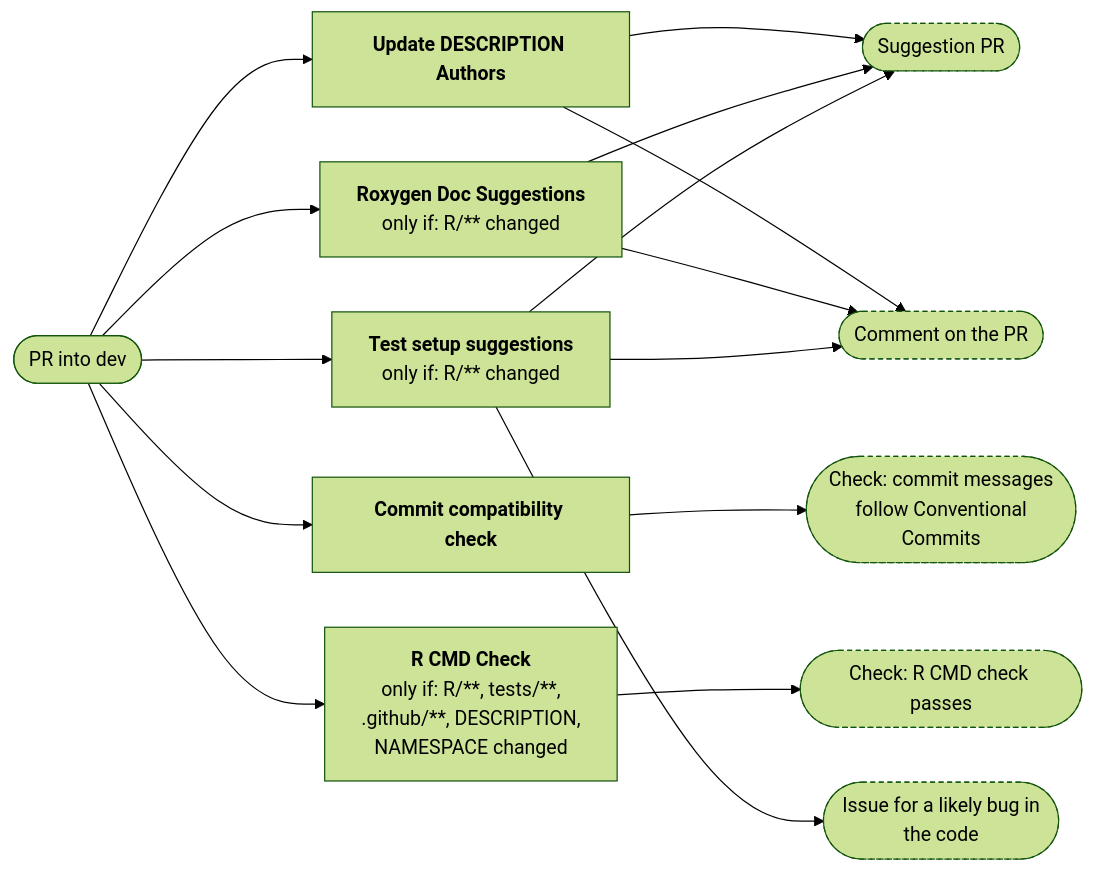
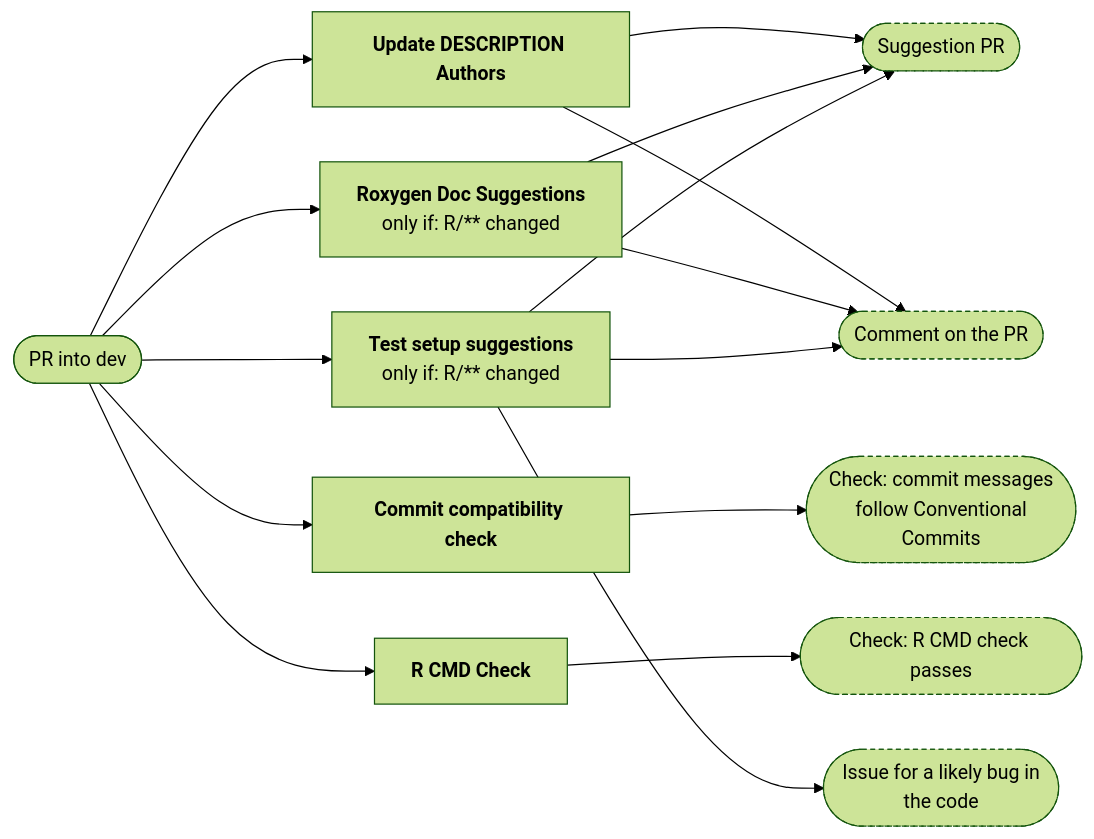
One commit to nfdi4health/dsSupportClient changed the first of 8 diagrams in .github/workflow-graphs/README.md. Above: the diagram before and after it, drawn with Mermaid (forest theme). The commit also changed other lines of this file, not shown here.

Commit message:
docs: update workflow diagrams

````diff
--- a/.github/workflow-graphs/README.md
+++ b/.github/workflow-graphs/README.md
@@ -36,30 +36,30 @@
 ```mermaid
 %%{init: {"flowchart": {"rankSpacing": 140, "nodeSpacing": 45}}}%%
 flowchart LR
   ev(["PR into dev"])
   wf_check_author_included_yml["<b>Update DESCRIPTION Authors</b>"]
   ev --> wf_check_author_included_yml
   wf_commitlint_yml["<b>Commit compatibility check</b>"]
   ev --> wf_commitlint_yml
   wf_docs_suggest_yml["<b>Roxygen Doc Suggestions</b><br/>only if: R/#42;#42; changed"]
   ev --> wf_docs_suggest_yml
-  wf_R_CMD_Check_yml["<b>R CMD Check</b><br/>only if: R/#42;#42;, tests/#42;#42;,<br/>.github/#42;#42;, DESCRIPTION,<br/>NAMESPACE changed"]
+  wf_R_CMD_Check_yml["<b>R CMD Check</b>"]
   ev --> wf_R_CMD_Check_yml
   wf_test_suggest_yml["<b>Test setup suggestions</b><br/>only if: R/#42;#42; changed"]
   ev --> wf_test_suggest_yml
   out_1(["Suggestion PR"]):::outcome
   out_2(["Comment on the PR"]):::outcome
   out_3(["Check: commit messages<br/>follow Conventional<br/>Commits"]):::outcome
   out_4(["Check: R CMD check passes"]):::outcome
   out_5(["Issue for a likely bug in<br/>the code"]):::outcome
   wf_check_author_included_yml --> out_1
   wf_check_author_included_yml --> out_2
   wf_commitlint_yml --> out_3
   wf_docs_suggest_yml --> out_1
   wf_docs_suggest_yml --> out_2
   wf_R_CMD_Check_yml --> out_4
   wf_test_suggest_yml --> out_1
   wf_test_suggest_yml --> out_2
   wf_test_suggest_yml --> out_5
   classDef outcome stroke-dasharray: 4 3
 ```
````
